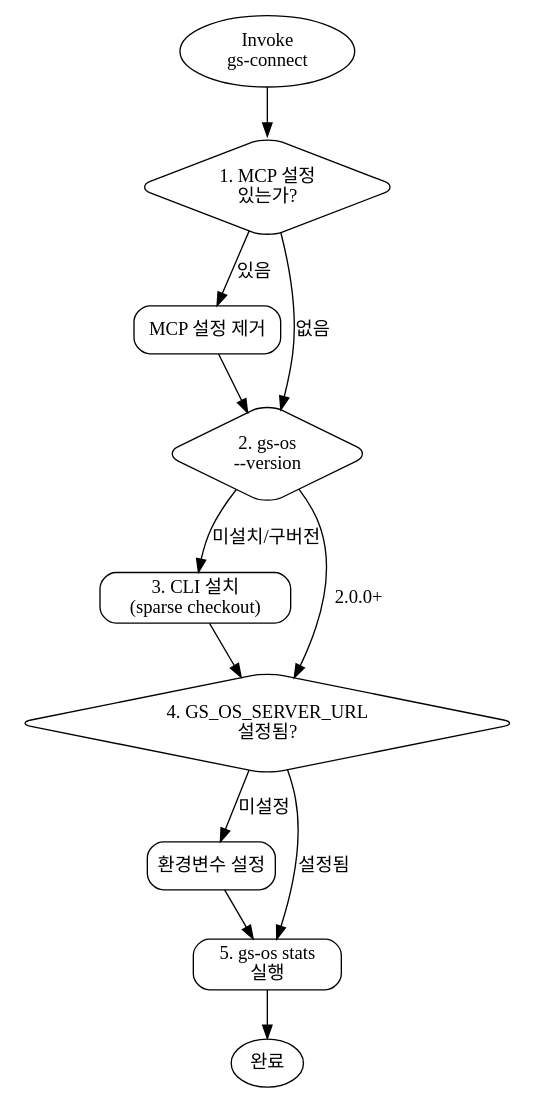
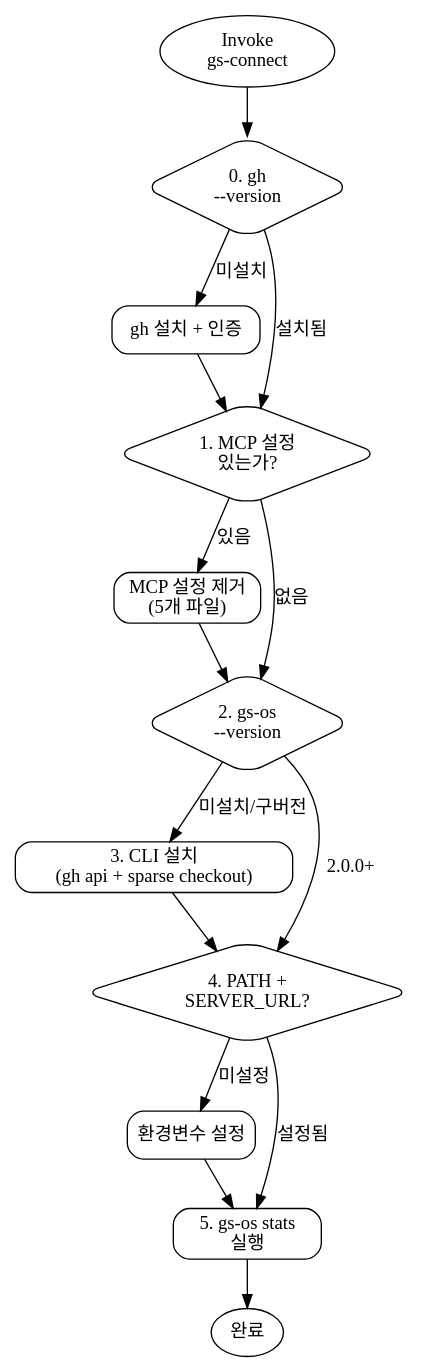
The diagram in plugins/gs-connect/skills/gs-connect/SKILL.md (sangyeon-bagelcode/claude-plugins), drawn with Graphviz before and after one commit. The commit also changed other lines of this file, not shown here.

First line of the commit message:
feat(gs-connect): add gh prerequisite, expand MCP cleanup, fix PATH

````diff
--- a/plugins/gs-connect/skills/gs-connect/SKILL.md
+++ b/plugins/gs-connect/skills/gs-connect/SKILL.md
@@ -197,28 +214,33 @@
 ```graphviz
 digraph gs_connect {
   rankdir=TB;
   node [shape=box style=rounded];
 
   START        [label="Invoke\ngs-connect" shape=oval];
+  CHECK_GH     [label="0. gh\n--version" shape=diamond];
+  INSTALL_GH   [label="gh 설치 + 인증"];
   CHECK_MCP    [label="1. MCP 설정\n있는가?" shape=diamond];
-  REMOVE_MCP   [label="MCP 설정 제거"];
+  REMOVE_MCP   [label="MCP 설정 제거\n(5개 파일)"];
   CHECK_CLI    [label="2. gs-os\n--version" shape=diamond];
-  INSTALL_CLI  [label="3. CLI 설치\n(sparse checkout)"];
-  CHECK_ENV    [label="4. GS_OS_SERVER_URL\n설정됨?" shape=diamond];
+  INSTALL_CLI  [label="3. CLI 설치\n(gh api + sparse checkout)"];
+  CHECK_ENV    [label="4. PATH +\nSERVER_URL?" shape=diamond];
   SET_ENV      [label="환경변수 설정"];
   VERIFY       [label="5. gs-os stats\n실행"];
   DONE         [label="완료" shape=oval];
 
-  START       -> CHECK_MCP;
+  START       -> CHECK_GH;
+  CHECK_GH    -> INSTALL_GH   [label="미설치"];
+  CHECK_GH    -> CHECK_MCP    [label="설치됨"];
+  INSTALL_GH  -> CHECK_MCP;
   CHECK_MCP   -> REMOVE_MCP   [label="있음"];
   CHECK_MCP   -> CHECK_CLI    [label="없음"];
   REMOVE_MCP  -> CHECK_CLI;
   CHECK_CLI   -> INSTALL_CLI  [label="미설치/구버전"];
   CHECK_CLI   -> CHECK_ENV    [label="2.0.0+"];
   INSTALL_CLI -> CHECK_ENV;
   CHECK_ENV   -> SET_ENV      [label="미설정"];
   CHECK_ENV   -> VERIFY       [label="설정됨"];
   SET_ENV     -> VERIFY;
   VERIFY      -> DONE;
 }
 ```
````
